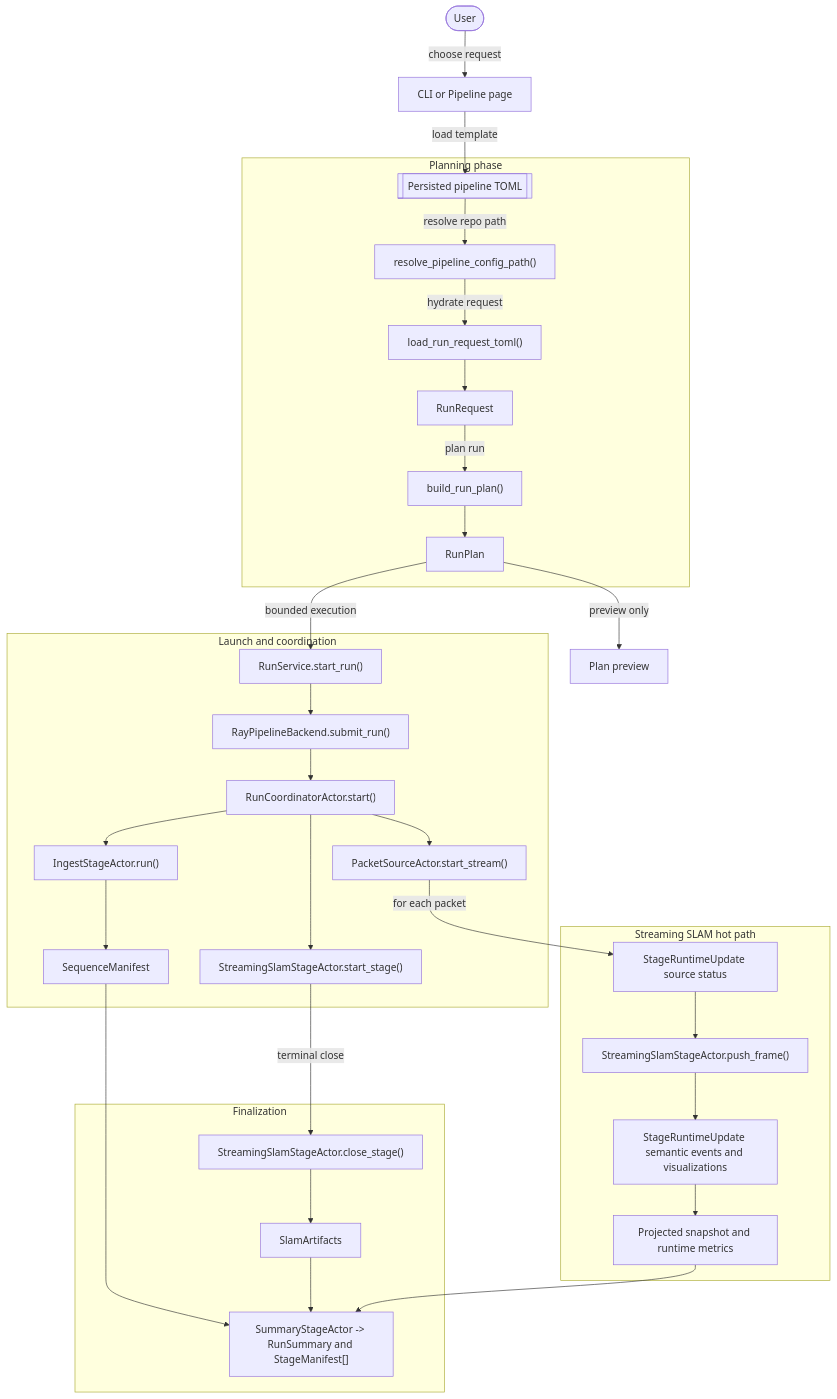
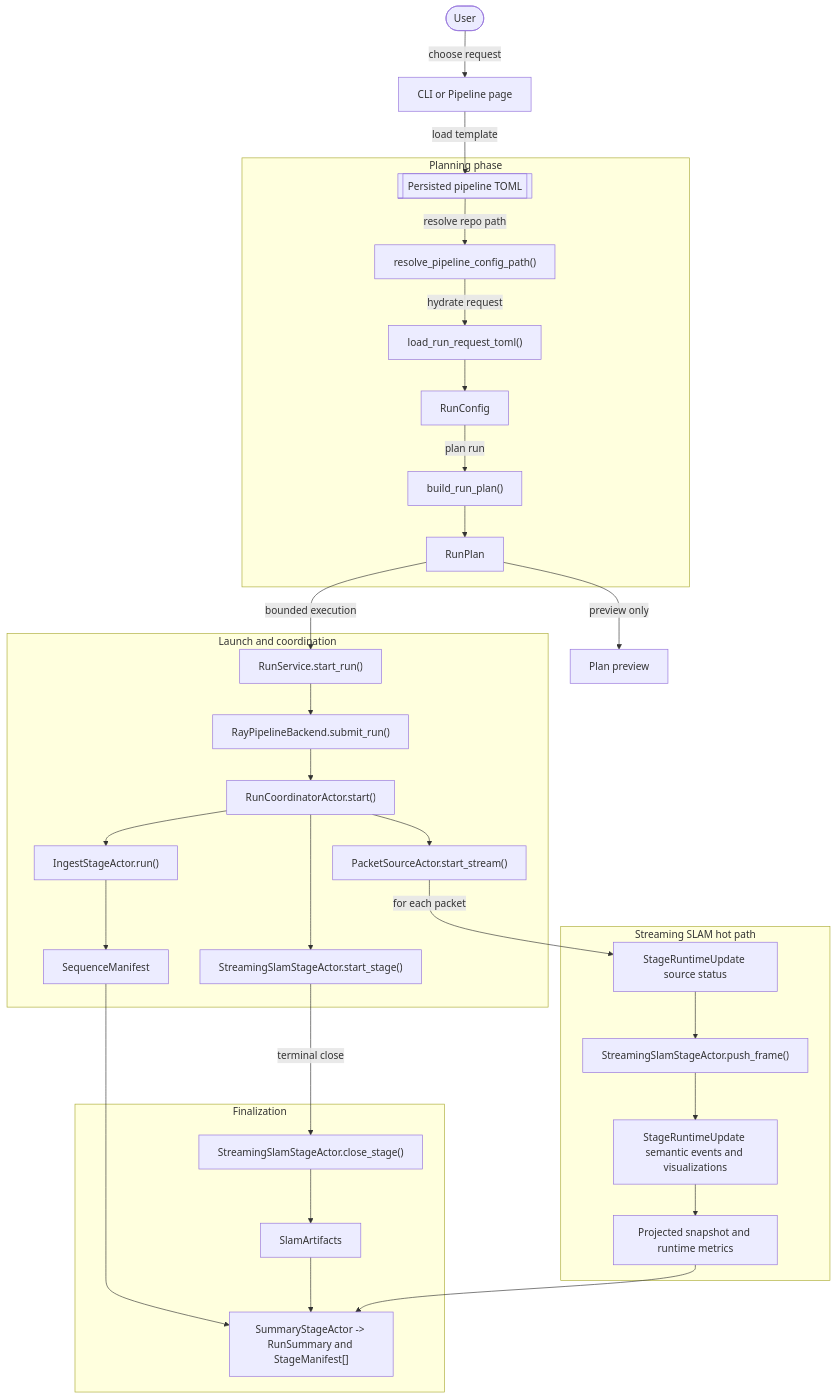
Before and after one commit to JanDuchscherer104/prml-vslam: the diagram in docs/figures/mermaid/mermaid_pipeline_request_flow.mmd, drawn with Mermaid. The commit also changed 25 other files, not shown here.

Commit message:
docs: update stage ownership architecture

```diff
--- a/docs/figures/mermaid/mermaid_pipeline_request_flow.mmd
+++ b/docs/figures/mermaid/mermaid_pipeline_request_flow.mmd
@@ -1,64 +1,64 @@
 flowchart TD
     user(["User"])
     surface["CLI or Pipeline page"]
     preview["Plan preview"]
 
     subgraph planning["Planning phase"]
         toml[["Persisted pipeline TOML"]]
         load["load_run_request_toml()"]
-        request["RunRequest"]
+        request["RunConfig"]
         paths["resolve_pipeline_config_path()"]
         planner["build_run_plan()"]
         plan["RunPlan"]
     end
 
     subgraph launch["Launch and coordination"]
         runsvc["RunService.start_run()"]
         backend["RayPipelineBackend.submit_run()"]
         coord["RunCoordinatorActor.start()"]
         ingest["IngestStageActor.run()"]
         manifest["SequenceManifest"]
         source["PacketSourceActor.start_stream()"]
         slam_start["StreamingSlamStageActor.start_stage()"]
     end
 
     subgraph hotpath["Streaming SLAM hot path"]
         frame["StageRuntimeUpdate source status"]
         step["StreamingSlamStageActor.push_frame()"]
         update["StageRuntimeUpdate semantic events and visualizations"]
         snapshot["Projected snapshot and runtime metrics"]
     end
 
     subgraph finalize["Finalization"]
         close["StreamingSlamStageActor.close_stage()"]
         artifacts["SlamArtifacts"]
         summary["SummaryStageActor -> RunSummary and StageManifest[]"]
     end
 
     user -->|"choose request"| surface
     surface -->|"load template"| toml
     toml -->|"resolve repo path"| paths
     paths -->|"hydrate request"| load
     load --> request
     request -->|"plan run"| planner
     planner --> plan
     plan -->|"preview only"| preview
     plan -->|"bounded execution"| runsvc
 
     runsvc --> backend
     backend --> coord
     coord --> ingest
     ingest --> manifest
     coord --> source
     coord --> slam_start
 
     source -->|"for each packet"| frame
     frame --> step
     step --> update
     update --> snapshot
 
     slam_start -->|"terminal close"| close
     close --> artifacts
     manifest --> summary
     artifacts --> summary
     snapshot --> summary
```
